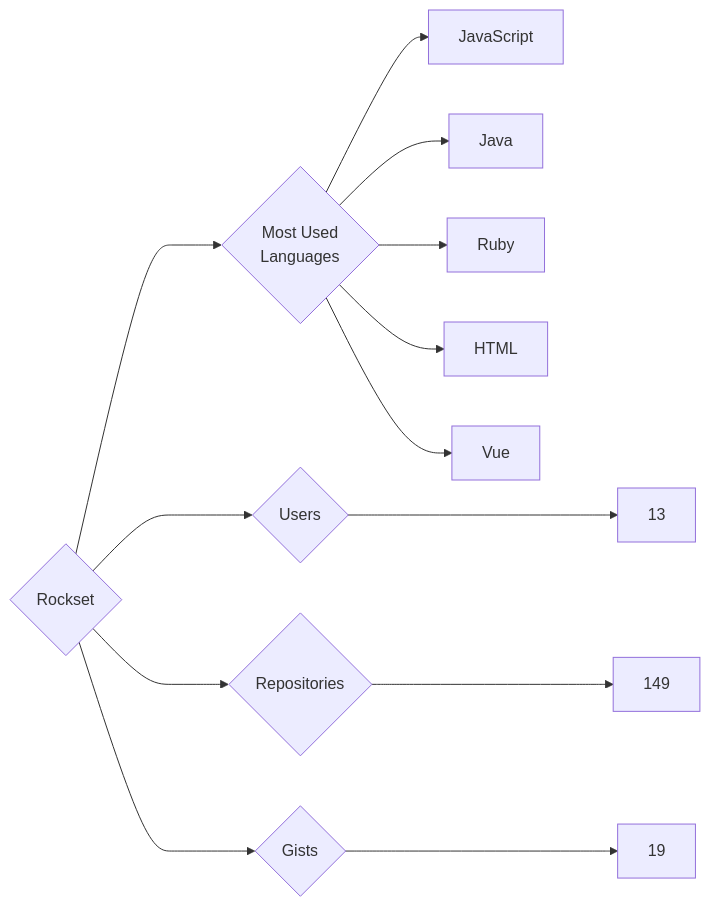
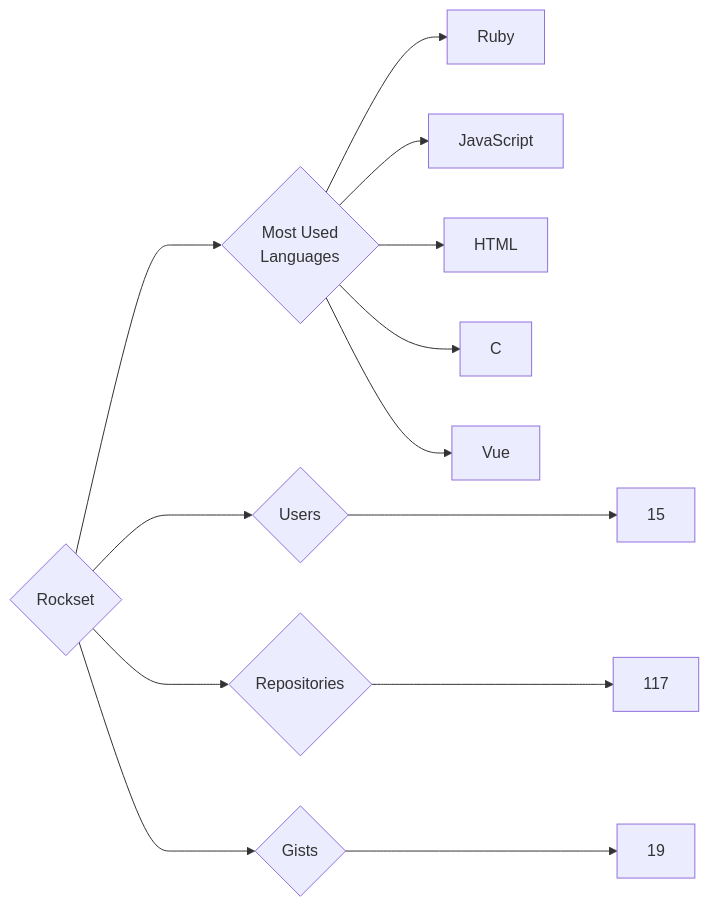
Before and after one commit to trickest/insiders: the diagram in targets/Rockset/README.md, drawn with Mermaid. The commit also changed 895 other files, not shown here.

````diff
--- a/targets/Rockset/README.md
+++ b/targets/Rockset/README.md
@@ -3,13 +3,13 @@
 ```mermaid
 graph LR
 COMPANY_NAME{Rockset}
-COMPANY_NAME ---> U{Users} ---> UN[13]
-COMPANY_NAME ---> R{Repositories} ---> RN[149]
+COMPANY_NAME ---> U{Users} ---> UN[15]
+COMPANY_NAME ---> R{Repositories} ---> RN[117]
 COMPANY_NAME ---> G{Gists} ---> GN[19]
 COMPANY_NAME ---> ML{Most Used<br>Languages}
+ML --> Ruby[Ruby]
 ML --> JavaScript[JavaScript]
-ML --> Java[Java]
-ML --> Ruby[Ruby]
 ML --> HTML[HTML]
+ML --> C[C]
 ML --> Vue[Vue]
 ```
````
